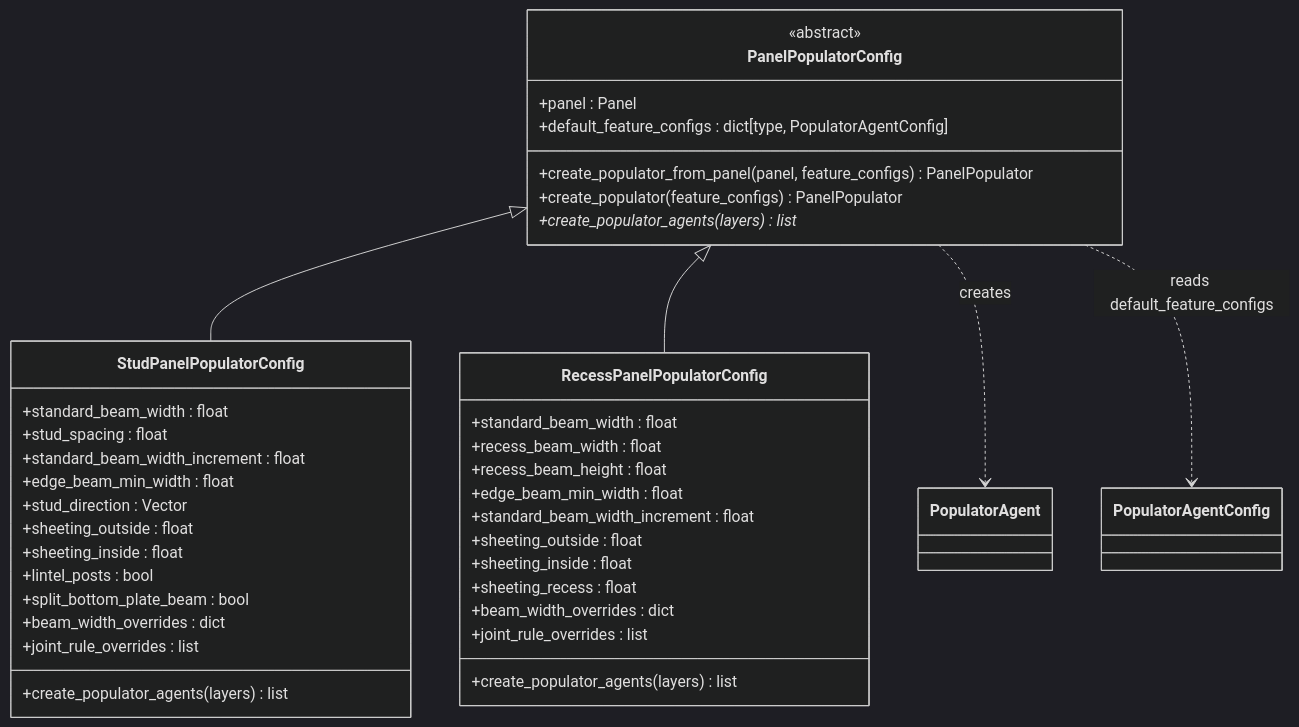
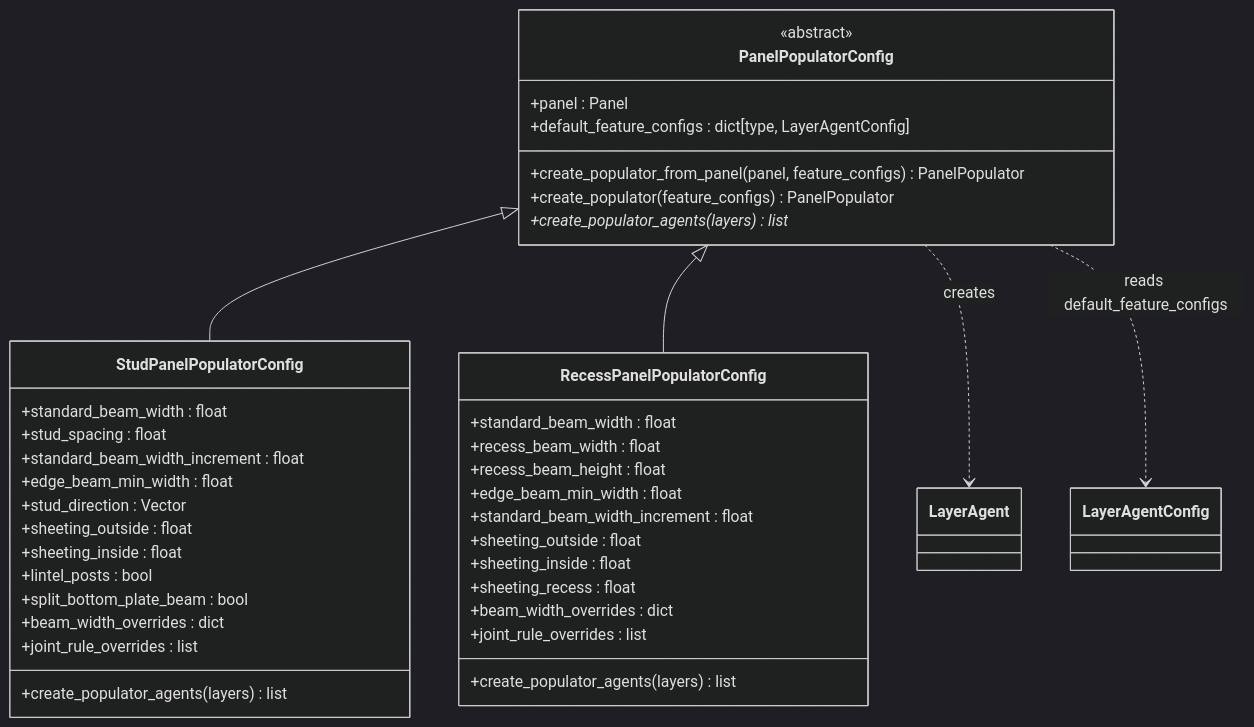
One commit to gramaziokohler/timber_design changed the second of 6 diagrams in docs/contribution/class_diagrams.md. Above: the diagram before and after it, drawn with Mermaid (dark theme). The commit also changed other lines of this file and 28 other files, not shown here.

````diff
--- a/docs/contribution/class_diagrams.md
+++ b/docs/contribution/class_diagrams.md
@@ -67,49 +67,49 @@
 ```mermaid
 classDiagram
 
     class PanelPopulatorConfig {
         <<abstract>>
         +panel : Panel
-        +default_feature_configs : dict[type, PopulatorAgentConfig]
+        +default_feature_configs : dict[type, LayerAgentConfig]
         +create_populator_from_panel(panel, feature_configs) PanelPopulator
         +create_populator(feature_configs) PanelPopulator
         +create_populator_agents(layers)* list
     }
 
     class StudPanelPopulatorConfig {
         +standard_beam_width : float
         +stud_spacing : float
         +standard_beam_width_increment : float
         +edge_beam_min_width : float
         +stud_direction : Vector
         +sheeting_outside : float
         +sheeting_inside : float
         +lintel_posts : bool
         +split_bottom_plate_beam : bool
         +beam_width_overrides : dict
         +joint_rule_overrides : list
         +create_populator_agents(layers) list
     }
 
     class RecessPanelPopulatorConfig {
         +standard_beam_width : float
         +recess_beam_width : float
         +recess_beam_height : float
         +edge_beam_min_width : float
         +standard_beam_width_increment : float
         +sheeting_outside : float
         +sheeting_inside : float
         +sheeting_recess : float
         +beam_width_overrides : dict
         +joint_rule_overrides : list
         +create_populator_agents(layers) list
     }
 
     %% Inheritance
     PanelPopulatorConfig <|-- StudPanelPopulatorConfig
     PanelPopulatorConfig <|-- RecessPanelPopulatorConfig
 
     %% Associations
-    PanelPopulatorConfig ..> PopulatorAgent : creates
-    PanelPopulatorConfig ..> PopulatorAgentConfig : reads default_feature_configs
+    PanelPopulatorConfig ..> LayerAgent : creates
+    PanelPopulatorConfig ..> LayerAgentConfig : reads default_feature_configs
 ```
````
